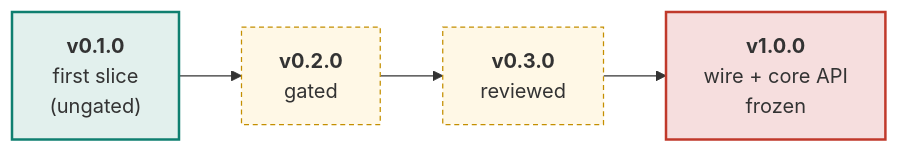
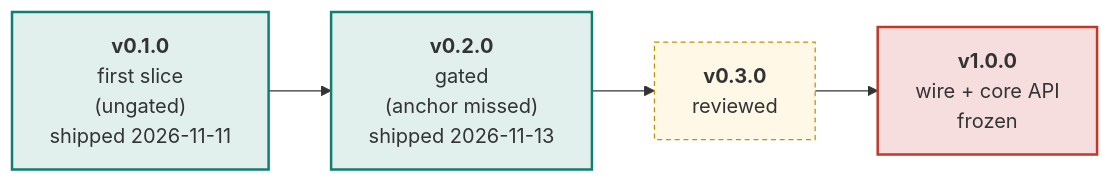
One commit to swarm-routing/ARA changed the first of 2 diagrams in docs/roadmap.md. Above: the diagram before and after it, drawn with Mermaid. The commit also changed other lines of this file and 1 other file, not shown here.

First line of the commit message:
docs(roadmap): v0.2.0 shipped, with the written infeasibility verdict (#130)

````diff
--- a/docs/roadmap.md
+++ b/docs/roadmap.md
@@ -30,14 +30,14 @@
 ```mermaid
 flowchart LR
-    V01["<b>v0.1.0</b><br/>first slice<br/>(ungated)"]
-    V02["<b>v0.2.0</b><br/>gated"]
+    V01["<b>v0.1.0</b><br/>first slice<br/>(ungated)<br/>shipped 2026-11-11"]
+    V02["<b>v0.2.0</b><br/>gated<br/>(anchor missed)<br/>shipped 2026-11-13"]
     V03["<b>v0.3.0</b><br/>reviewed"]
     V10["<b>v1.0.0</b><br/>wire + core API<br/>frozen"]
 
     V01 --> V02 --> V03 --> V10
 
     style V01 fill:#e2f0ed,stroke:#0f7f70,stroke-width:2px
-    style V02 fill:#fff8e6,stroke:#c48f00,stroke-dasharray:4 3
+    style V02 fill:#e2f0ed,stroke:#0f7f70,stroke-width:2px
     style V03 fill:#fff8e6,stroke:#c48f00,stroke-dasharray:4 3
     style V10 fill:#f6dede,stroke:#c0392b,stroke-width:2px
 ```
````
